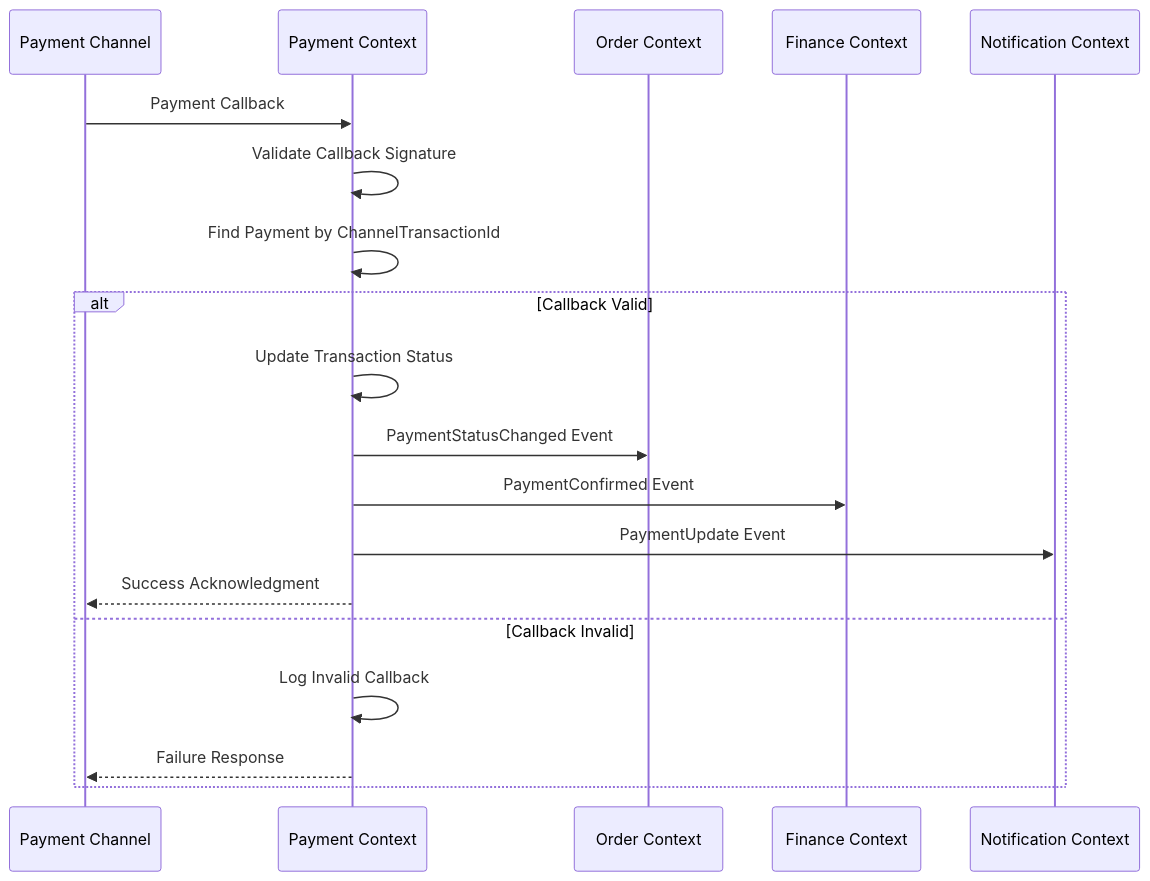
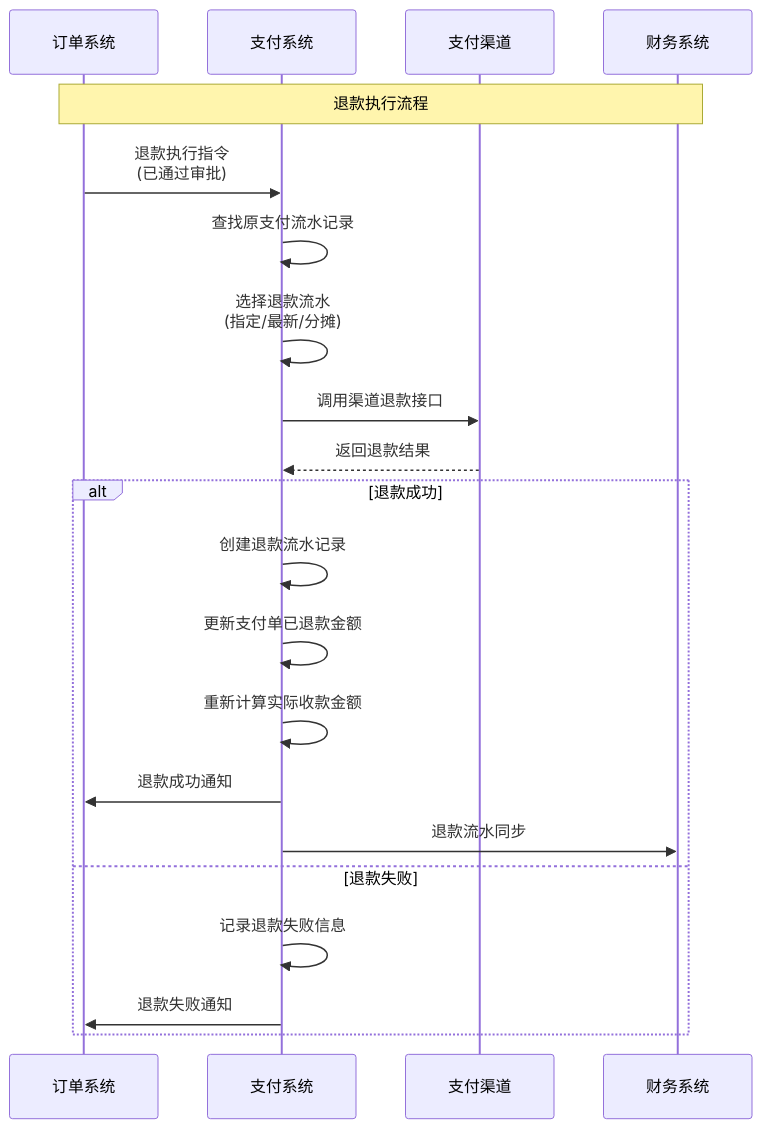
One commit to KyleWangkq/ai-prompt changed the fourth of 5 diagrams in docs/contexts/payment/integration/context-mapping.md. Above: the diagram before and after it, drawn with Mermaid. The commit also changed other lines of this file and 5 other files, not shown here.

````diff
--- a/docs/contexts/payment/integration/context-mapping.md
+++ b/docs/contexts/payment/integration/context-mapping.md
@@ -569,23 +1188,27 @@
 ```mermaid
 sequenceDiagram
-    participant Channel as Payment Channel
-    participant Payment as Payment Context
-    participant Order as Order Context
-    participant Finance as Finance Context
-    participant Notification as Notification Context
+    participant Order as 订单系统
+    participant Payment as 支付系统  
+    participant Channel as 支付渠道
+    participant Finance as 财务系统
     
-    Channel->>Payment: Payment Callback
-    Payment->>Payment: Validate Callback Signature
-    Payment->>Payment: Find Payment by ChannelTransactionId
+    Note over Order, Finance: 退款执行流程
     
-    alt Callback Valid
-        Payment->>Payment: Update Transaction Status  
-        Payment->>Order: PaymentStatusChanged Event
-        Payment->>Finance: PaymentConfirmed Event
-        Payment->>Notification: PaymentUpdate Event
-        Payment-->>Channel: Success Acknowledgment
-    else Callback Invalid
-        Payment->>Payment: Log Invalid Callback
-        Payment-->>Channel: Failure Response
+    Order->>Payment: 退款执行指令<br/>(已通过审批)
+    Payment->>Payment: 查找原支付流水记录
+    Payment->>Payment: 选择退款流水<br/>(指定/最新/分摊)
+    
+    Payment->>Channel: 调用渠道退款接口
+    Channel-->>Payment: 返回退款结果
+    
+    alt 退款成功
+        Payment->>Payment: 创建退款流水记录
+        Payment->>Payment: 更新支付单已退款金额
+        Payment->>Payment: 重新计算实际收款金额
+        Payment->>Order: 退款成功通知
+        Payment->>Finance: 退款流水同步
+    else 退款失败  
+        Payment->>Payment: 记录退款失败信息
+        Payment->>Order: 退款失败通知
     end
 ```
````
